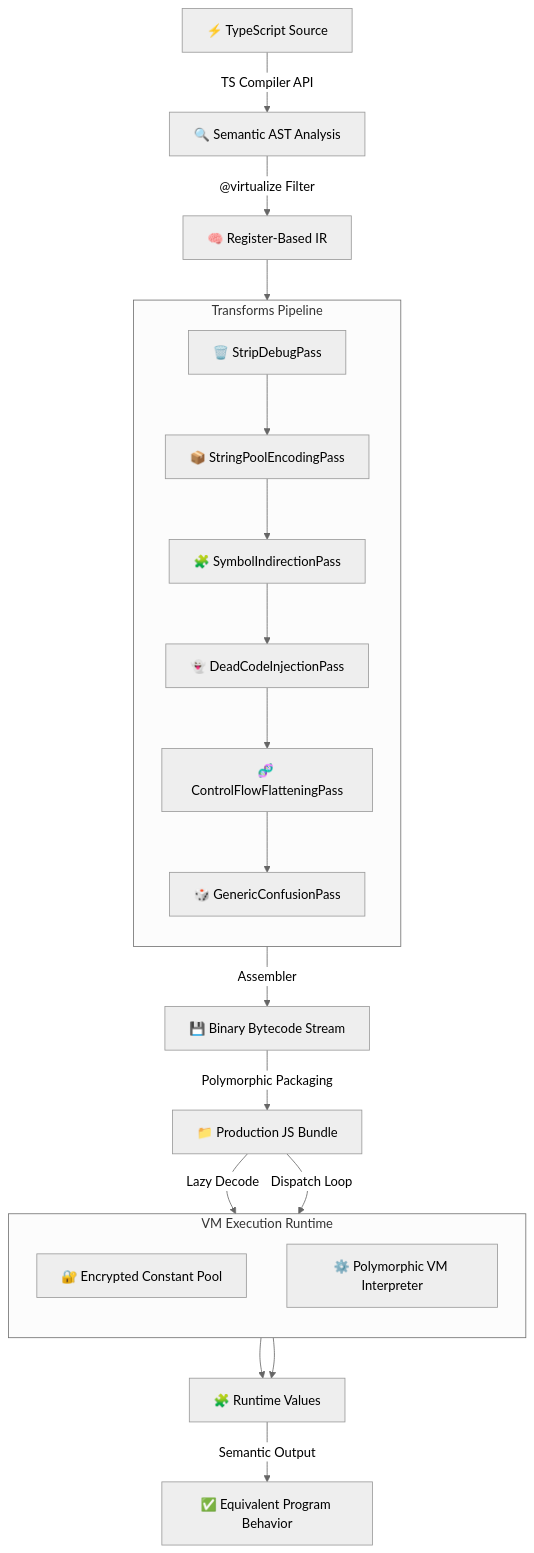
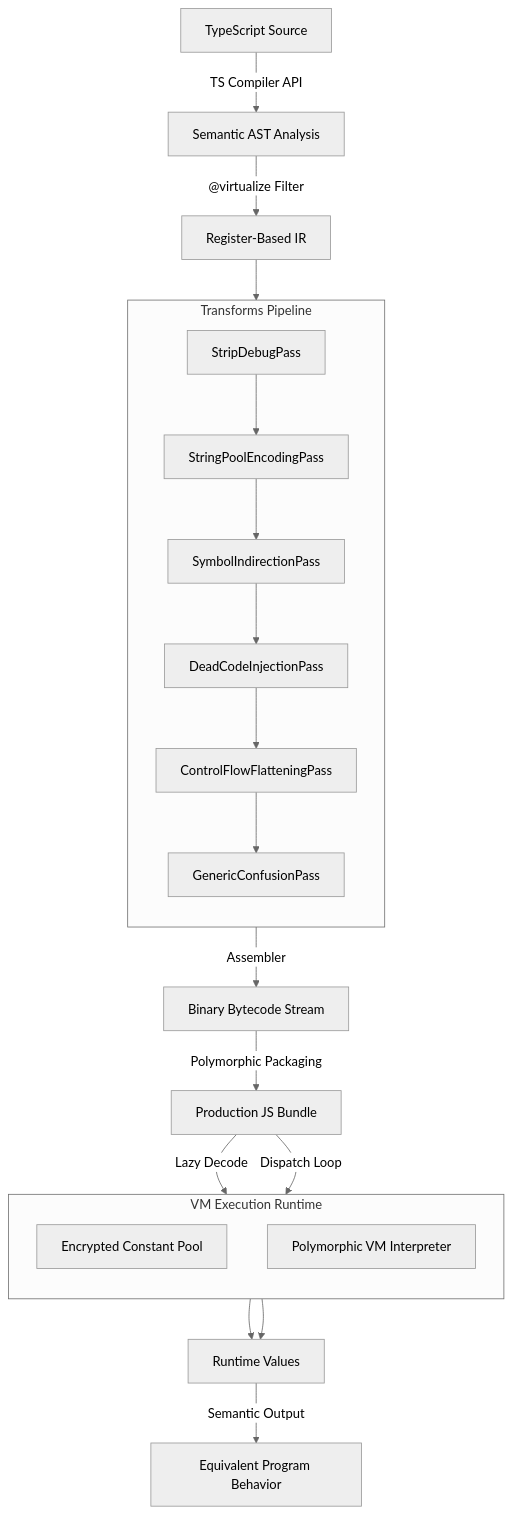
The diagram in README.md (Tr0ngX/ts-vm-obfuscator), drawn with Mermaid (neutral theme) before and after one commit. The commit also changed other lines of this file and 1 other file, not shown here.

Commit message:
docs: remove emojis and sync README_VN

````diff
--- a/README.md
+++ b/README.md
@@ -80,39 +80,39 @@
 ```mermaid
 graph TD
-    A["⚡ TypeScript Source"] -->|"TS Compiler API"| B["🔍 Semantic AST Analysis"]
-    B -->|"@virtualize Filter"| C["🧠 Register-Based IR"]
+    A["TypeScript Source"] -->|"TS Compiler API"| B["Semantic AST Analysis"]
+    B -->|"@virtualize Filter"| C["Register-Based IR"]
 
     subgraph T["Transforms Pipeline"]
         direction TB
-        T1["🗑️ StripDebugPass"]
-        T2["📦 StringPoolEncodingPass"]
-        T3["🧩 SymbolIndirectionPass"]
-        T4["👻 DeadCodeInjectionPass"]
-        T5["🧬 ControlFlowFlatteningPass"]
-        T6["🎲 GenericConfusionPass"]
+        T1["StripDebugPass"]
+        T2["StringPoolEncodingPass"]
+        T3["SymbolIndirectionPass"]
+        T4["DeadCodeInjectionPass"]
+        T5["ControlFlowFlatteningPass"]
+        T6["GenericConfusionPass"]
     end
     
     C --> T1
     T1 --> T2
     T2 --> T3
     T3 --> T4
     T4 --> T5
     T5 --> T6
 
-    T6 -->|"Assembler"| G["💾 Binary Bytecode Stream"]
-    G -->|"Polymorphic Packaging"| H["📁 Production JS Bundle"]
+    T6 -->|"Assembler"| G["Binary Bytecode Stream"]
+    G -->|"Polymorphic Packaging"| H["Production JS Bundle"]
 
     subgraph R["VM Execution Runtime"]
         direction TB
-        R1["🔐 Encrypted Constant Pool"]
-        R2["⚙️ Polymorphic VM Interpreter"]
+        R1["Encrypted Constant Pool"]
+        R2["Polymorphic VM Interpreter"]
     end
     
     H -->|"Lazy Decode"| R1
     H -->|"Dispatch Loop"| R2
     
-    R1 --> K["🧩 Runtime Values"]
+    R1 --> K["Runtime Values"]
     R2 --> K
 
-    K -->|"Semantic Output"| L["✅ Equivalent Program Behavior"]
+    K -->|"Semantic Output"| L["Equivalent Program Behavior"]
 ```
````
